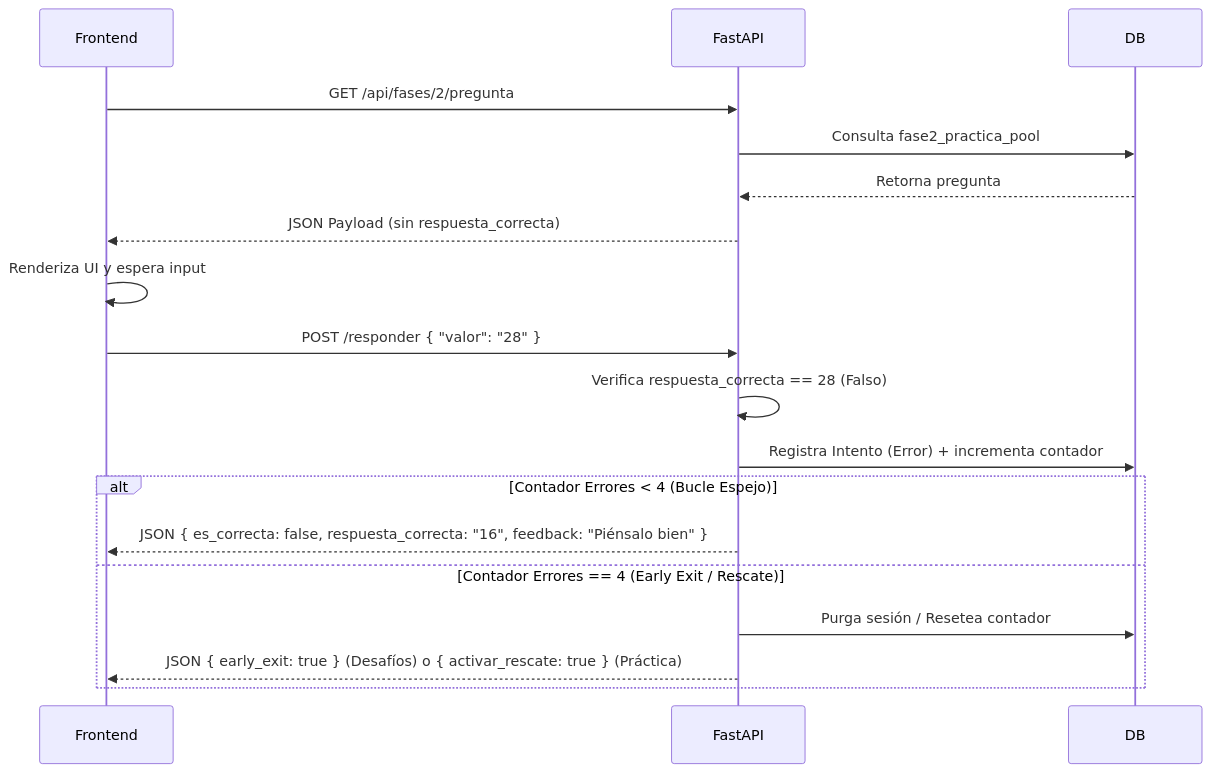
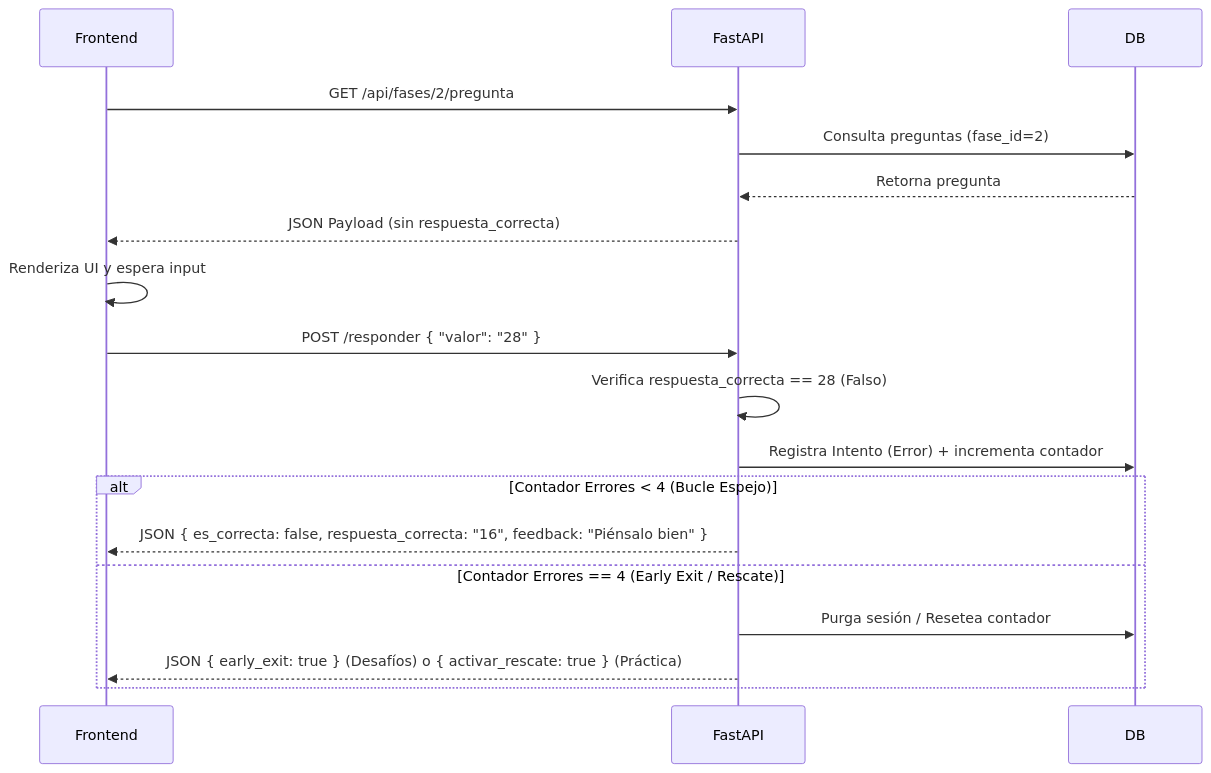
Before and after one commit to espalhardigital-hash/logicakids-Producion: the second of 3 diagrams in docs/Criterios Diseno Fase/2_Arquitectura_Backend_y_Admin.md, drawn with Mermaid. The commit also changed other lines of this file and 143 other files, not shown here.

````diff
--- a/docs/Criterios Diseno Fase/2_Arquitectura_Backend_y_Admin.md
+++ b/docs/Criterios Diseno Fase/2_Arquitectura_Backend_y_Admin.md
@@ -613,24 +579,24 @@
 ```mermaid
 sequenceDiagram
     participant Frontend
     participant FastAPI
     participant DB
     
     Frontend->>FastAPI: GET /api/fases/2/pregunta
-    FastAPI->>DB: Consulta fase2_practica_pool
+    FastAPI->>DB: Consulta preguntas (fase_id=2)
     DB-->>FastAPI: Retorna pregunta
     FastAPI-->>Frontend: JSON Payload (sin respuesta_correcta)
     
     Frontend->>Frontend: Renderiza UI y espera input
     Frontend->>FastAPI: POST /responder { "valor": "28" }
     
     FastAPI->>FastAPI: Verifica respuesta_correcta == 28 (Falso)
     FastAPI->>DB: Registra Intento (Error) + incrementa contador
     
     alt Contador Errores < 4 (Bucle Espejo)
         FastAPI-->>Frontend: JSON { es_correcta: false, respuesta_correcta: "16", feedback: "Piénsalo bien" }
     else Contador Errores == 4 (Early Exit / Rescate)
         FastAPI->>DB: Purga sesión / Resetea contador
         FastAPI-->>Frontend: JSON { early_exit: true } (Desafíos) o { activar_rescate: true } (Práctica)
     end
 ```
````
